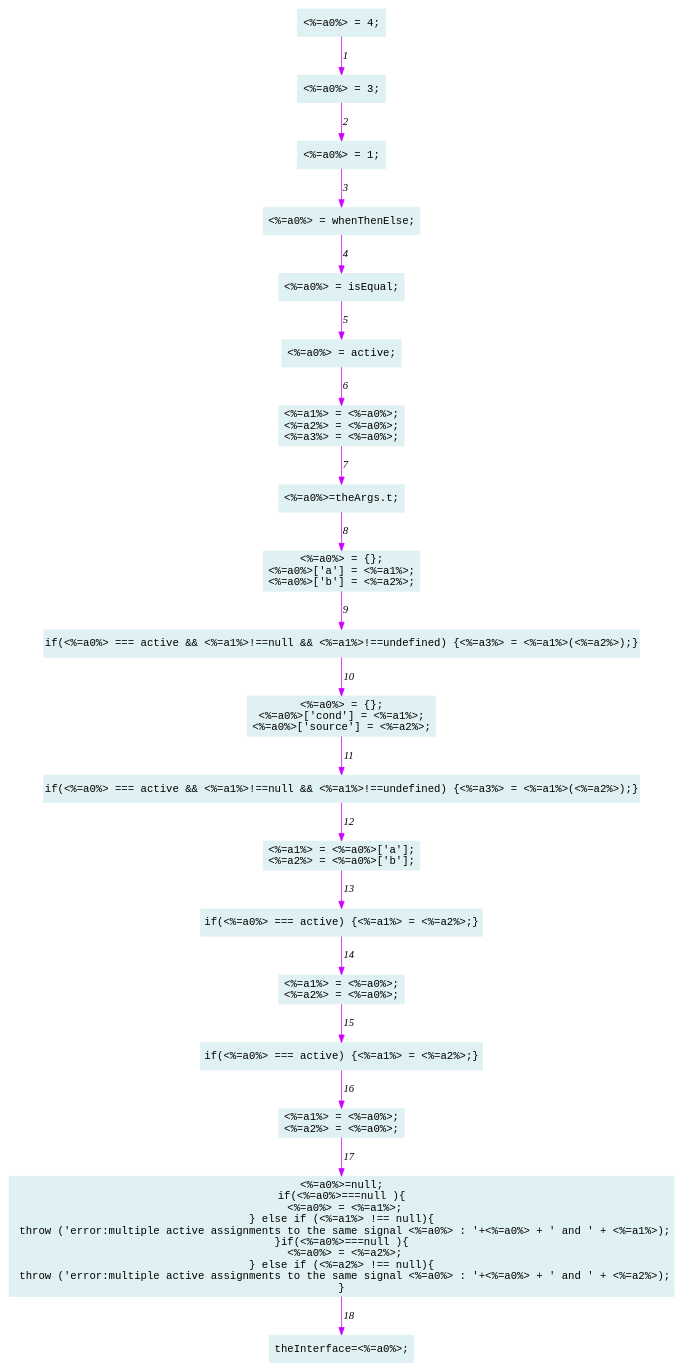
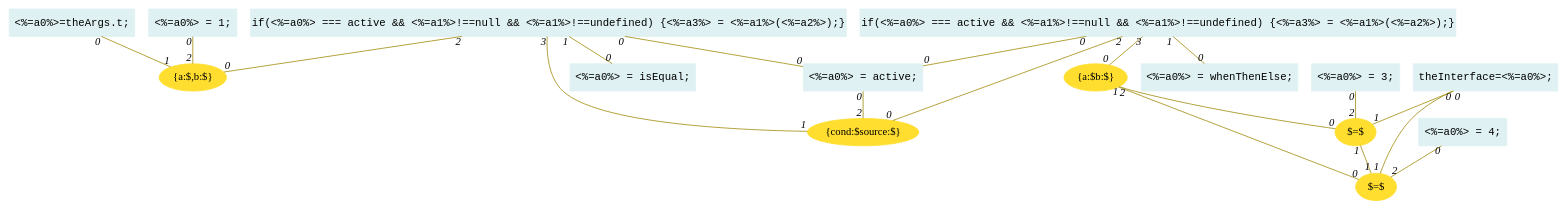
One commit to crubier/lidl changed the diagram in lidl-core/example/ok/definitionofIfThenElse/error.dot. Above: the diagram before and after it, drawn with Graphviz. The commit also changed 205 other files, not shown here.

```diff
--- a/lidl-core/example/ok/definitionofIfThenElse/error.dot
+++ b/lidl-core/example/ok/definitionofIfThenElse/error.dot
@@ -1,74 +1,44 @@
-digraph g{node_5256 [shape="box", style="filled", color="#dff1f2", fontname="Courier", label="<%=a0%>=theArgs.t;
+digraph g{node_4812 [shape="ellipse", style="filled", color="#ffde2f", fontname="Times", label="{a:$,b:$}" ]
+node_4850 [shape="ellipse", style="filled", color="#ffde2f", fontname="Times", label="$=$" ]
+node_4851 [shape="ellipse", style="filled", color="#ffde2f", fontname="Times", label="$=$" ]
+node_4854 [shape="ellipse", style="filled", color="#ffde2f", fontname="Times", label="{cond:$source:$}" ]
+node_4855 [shape="ellipse", style="filled", color="#ffde2f", fontname="Times", label="{a:$b:$}" ]
+node_4904 [shape="box", style="filled", color="#dff1f2", fontname="Courier", label="<%=a0%>=theArgs.t;
 " ]
-node_5258 [shape="box", style="filled", color="#dff1f2", fontname="Courier", label="theInterface=<%=a0%>;
+node_4906 [shape="box", style="filled", color="#dff1f2", fontname="Courier", label="theInterface=<%=a0%>;
 " ]
-node_5281 [shape="box", style="filled", color="#dff1f2", fontname="Courier", label="<%=a0%> = active;
+node_4929 [shape="box", style="filled", color="#dff1f2", fontname="Courier", label="<%=a0%> = active;
 " ]
-node_5289 [shape="box", style="filled", color="#dff1f2", fontname="Courier", label="<%=a0%> = isEqual;
+node_4937 [shape="box", style="filled", color="#dff1f2", fontname="Courier", label="<%=a0%> = isEqual;
 " ]
-node_5291 [shape="box", style="filled", color="#dff1f2", fontname="Courier", label="<%=a0%> = whenThenElse;
+node_4939 [shape="box", style="filled", color="#dff1f2", fontname="Courier", label="<%=a0%> = whenThenElse;
 " ]
-node_5293 [shape="box", style="filled", color="#dff1f2", fontname="Courier", label="<%=a0%> = 1;
+node_4941 [shape="box", style="filled", color="#dff1f2", fontname="Courier", label="<%=a0%> = 1;
 " ]
-node_5295 [shape="box", style="filled", color="#dff1f2", fontname="Courier", label="<%=a0%> = 3;
+node_4943 [shape="box", style="filled", color="#dff1f2", fontname="Courier", label="<%=a0%> = 3;
 " ]
-node_5297 [shape="box", style="filled", color="#dff1f2", fontname="Courier", label="<%=a0%> = 4;
+node_4945 [shape="box", style="filled", color="#dff1f2", fontname="Courier", label="<%=a0%> = 4;
 " ]
-node_5299 [shape="box", style="filled", color="#dff1f2", fontname="Courier", label="if(<%=a0%> === active && <%=a1%>!==null && <%=a1%>!==undefined) {<%=a3%> = <%=a1%>(<%=a2%>);}
+node_4947 [shape="box", style="filled", color="#dff1f2", fontname="Courier", label="if(<%=a0%> === active && <%=a1%>!==null && <%=a1%>!==undefined) {<%=a3%> = <%=a1%>(<%=a2%>);}
 " ]
-node_5304 [shape="box", style="filled", color="#dff1f2", fontname="Courier", label="if(<%=a0%> === active && <%=a1%>!==null && <%=a1%>!==undefined) {<%=a3%> = <%=a1%>(<%=a2%>);}
+node_4952 [shape="box", style="filled", color="#dff1f2", fontname="Courier", label="if(<%=a0%> === active && <%=a1%>!==null && <%=a1%>!==undefined) {<%=a3%> = <%=a1%>(<%=a2%>);}
 " ]
-node_5309 [shape="box", style="filled", color="#dff1f2", fontname="Courier", label="<%=a0%> = {};
-<%=a0%>['a'] = <%=a1%>;
-<%=a0%>['b'] = <%=a2%>;
-" ]
-node_5313 [shape="box", style="filled", color="#dff1f2", fontname="Courier", label="<%=a0%> = {};
-<%=a0%>['cond'] = <%=a1%>;
-<%=a0%>['source'] = <%=a2%>;
-" ]
-node_5317 [shape="box", style="filled", color="#dff1f2", fontname="Courier", label="<%=a1%> = <%=a0%>['a'];
-<%=a2%> = <%=a0%>['b'];
-" ]
-node_5321 [shape="box", style="filled", color="#dff1f2", fontname="Courier", label="if(<%=a0%> === active) {<%=a1%> = <%=a2%>;}
-" ]
-node_5326 [shape="box", style="filled", color="#dff1f2", fontname="Courier", label="if(<%=a0%> === active) {<%=a1%> = <%=a2%>;}
-" ]
-node_5331 [shape="box", style="filled", color="#dff1f2", fontname="Courier", label="<%=a1%> = <%=a0%>;
-<%=a2%> = <%=a0%>;
-<%=a3%> = <%=a0%>;
-" ]
-node_5336 [shape="box", style="filled", color="#dff1f2", fontname="Courier", label="<%=a1%> = <%=a0%>;
-<%=a2%> = <%=a0%>;
-" ]
-node_5340 [shape="box", style="filled", color="#dff1f2", fontname="Courier", label="<%=a0%>=null;
-if(<%=a0%>===null ){
-  <%=a0%> = <%=a1%>;
-} else if (<%=a1%> !== null){
-  throw ('error:multiple active assignments to the same signal <%=a0%> : '+<%=a0%> + ' and ' + <%=a1%>);
-}if(<%=a0%>===null ){
-  <%=a0%> = <%=a2%>;
-} else if (<%=a2%> !== null){
-  throw ('error:multiple active assignments to the same signal <%=a0%> : '+<%=a0%> + ' and ' + <%=a2%>);
-}" ]
-node_5344 [shape="box", style="filled", color="#dff1f2", fontname="Courier", label="<%=a1%> = <%=a0%>;
-<%=a2%> = <%=a0%>;
-" ]
-node_5297 -> node_5295 [dir=forward, arrowHead=normal, fontname="Times-Italic", arrowsize=1, color="#cc00ff", label="1",  headlabel="", taillabel="" ]
-node_5295 -> node_5293 [dir=forward, arrowHead=normal, fontname="Times-Italic", arrowsize=1, color="#cc00ff", label="2",  headlabel="", taillabel="" ]
-node_5293 -> node_5291 [dir=forward, arrowHead=normal, fontname="Times-Italic", arrowsize=1, color="#cc00ff", label="3",  headlabel="", taillabel="" ]
-node_5291 -> node_5289 [dir=forward, arrowHead=normal, fontname="Times-Italic", arrowsize=1, color="#cc00ff", label="4",  headlabel="", taillabel="" ]
-node_5289 -> node_5281 [dir=forward, arrowHead=normal, fontname="Times-Italic", arrowsize=1, color="#cc00ff", label="5",  headlabel="", taillabel="" ]
-node_5281 -> node_5331 [dir=forward, arrowHead=normal, fontname="Times-Italic", arrowsize=1, color="#cc00ff", label="6",  headlabel="", taillabel="" ]
-node_5331 -> node_5256 [dir=forward, arrowHead=normal, fontname="Times-Italic", arrowsize=1, color="#cc00ff", label="7",  headlabel="", taillabel="" ]
-node_5256 -> node_5309 [dir=forward, arrowHead=normal, fontname="Times-Italic", arrowsize=1, color="#cc00ff", label="8",  headlabel="", taillabel="" ]
-node_5309 -> node_5299 [dir=forward, arrowHead=normal, fontname="Times-Italic", arrowsize=1, color="#cc00ff", label="9",  headlabel="", taillabel="" ]
-node_5299 -> node_5313 [dir=forward, arrowHead=normal, fontname="Times-Italic", arrowsize=1, color="#cc00ff", label="10",  headlabel="", taillabel="" ]
-node_5313 -> node_5304 [dir=forward, arrowHead=normal, fontname="Times-Italic", arrowsize=1, color="#cc00ff", label="11",  headlabel="", taillabel="" ]
-node_5304 -> node_5317 [dir=forward, arrowHead=normal, fontname="Times-Italic", arrowsize=1, color="#cc00ff", label="12",  headlabel="", taillabel="" ]
-node_5317 -> node_5326 [dir=forward, arrowHead=normal, fontname="Times-Italic", arrowsize=1, color="#cc00ff", label="13",  headlabel="", taillabel="" ]
-node_5326 -> node_5344 [dir=forward, arrowHead=normal, fontname="Times-Italic", arrowsize=1, color="#cc00ff", label="14",  headlabel="", taillabel="" ]
-node_5344 -> node_5321 [dir=forward, arrowHead=normal, fontname="Times-Italic", arrowsize=1, color="#cc00ff", label="15",  headlabel="", taillabel="" ]
-node_5321 -> node_5336 [dir=forward, arrowHead=normal, fontname="Times-Italic", arrowsize=1, color="#cc00ff", label="16",  headlabel="", taillabel="" ]
-node_5336 -> node_5340 [dir=forward, arrowHead=normal, fontname="Times-Italic", arrowsize=1, color="#cc00ff", label="17",  headlabel="", taillabel="" ]
-node_5340 -> node_5258 [dir=forward, arrowHead=normal, fontname="Times-Italic", arrowsize=1, color="#cc00ff", label="18",  headlabel="", taillabel="" ]
+node_4855 -> node_4850 [dir=none, arrowHead=none, fontname="Times-Italic", arrowsize=1, color="#9d8400", label="",  headlabel="0", taillabel="1" ]
+node_4855 -> node_4851 [dir=none, arrowHead=none, fontname="Times-Italic", arrowsize=1, color="#9d8400", label="",  headlabel="0", taillabel="2" ]
+node_4904 -> node_4812 [dir=none, arrowHead=none, fontname="Times-Italic", arrowsize=1, color="#9d8400", label="",  headlabel="1", taillabel="0" ]
+node_4850 -> node_4851 [dir=none, arrowHead=none, fontname="Times-Italic", arrowsize=1, color="#9d8400", label="",  headlabel="1", taillabel="1" ]
+node_4929 -> node_4854 [dir=none, arrowHead=none, fontname="Times-Italic", arrowsize=1, color="#9d8400", label="",  headlabel="2", taillabel="0" ]
+node_4906 -> node_4850 [dir=none, arrowHead=none, fontname="Times-Italic", arrowsize=1, color="#9d8400", label="",  headlabel="1", taillabel="0" ]
+node_4906 -> node_4851 [dir=none, arrowHead=none, fontname="Times-Italic", arrowsize=1, color="#9d8400", label="",  headlabel="1", taillabel="0" ]
+node_4941 -> node_4812 [dir=none, arrowHead=none, fontname="Times-Italic", arrowsize=1, color="#9d8400", label="",  headlabel="2", taillabel="0" ]
+node_4943 -> node_4850 [dir=none, arrowHead=none, fontname="Times-Italic", arrowsize=1, color="#9d8400", label="",  headlabel="2", taillabel="0" ]
+node_4945 -> node_4851 [dir=none, arrowHead=none, fontname="Times-Italic", arrowsize=1, color="#9d8400", label="",  headlabel="2", taillabel="0" ]
+node_4947 -> node_4929 [dir=none, arrowHead=none, fontname="Times-Italic", arrowsize=1, color="#9d8400", label="",  headlabel="0", taillabel="0" ]
+node_4947 -> node_4937 [dir=none, arrowHead=none, fontname="Times-Italic", arrowsize=1, color="#9d8400", label="",  headlabel="0", taillabel="1" ]
+node_4947 -> node_4812 [dir=none, arrowHead=none, fontname="Times-Italic", arrowsize=1, color="#9d8400", label="",  headlabel="0", taillabel="2" ]
+node_4947 -> node_4854 [dir=none, arrowHead=none, fontname="Times-Italic", arrowsize=1, color="#9d8400", label="",  headlabel="1", taillabel="3" ]
+node_4952 -> node_4929 [dir=none, arrowHead=none, fontname="Times-Italic", arrowsize=1, color="#9d8400", label="",  headlabel="0", taillabel="0" ]
+node_4952 -> node_4939 [dir=none, arrowHead=none, fontname="Times-Italic", arrowsize=1, color="#9d8400", label="",  headlabel="0", taillabel="1" ]
+node_4952 -> node_4854 [dir=none, arrowHead=none, fontname="Times-Italic", arrowsize=1, color="#9d8400", label="",  headlabel="0", taillabel="2" ]
+node_4952 -> node_4855 [dir=none, arrowHead=none, fontname="Times-Italic", arrowsize=1, color="#9d8400", label="",  headlabel="0", taillabel="3" ]
 }
```
